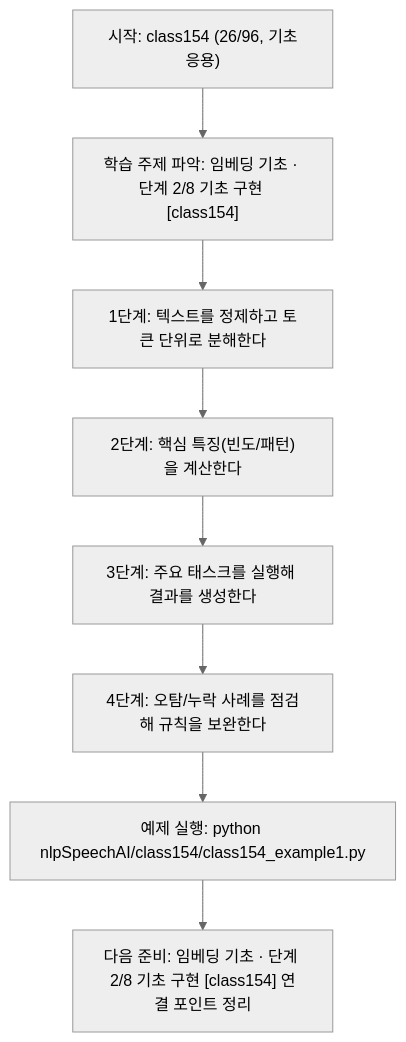
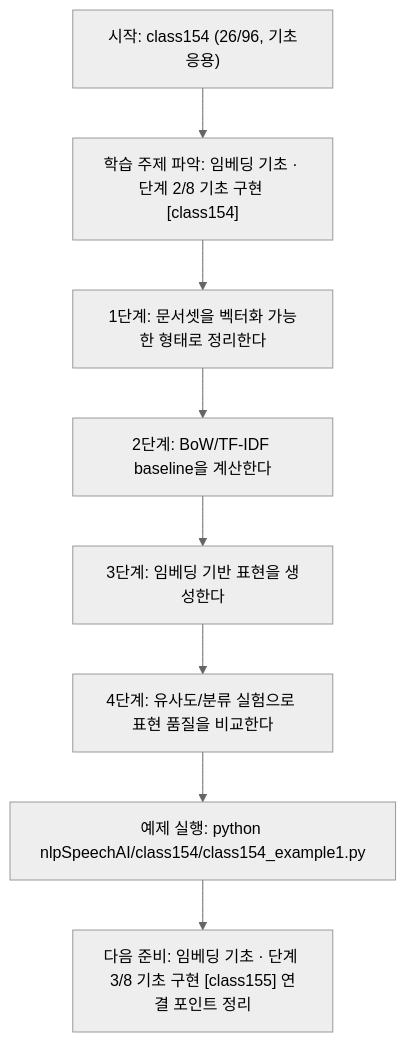
One commit to edumgt/Python-AI_Agent-Class changed the diagram in nlpSpeechAI/class154/class154.md. Above: the diagram before and after it, drawn with Mermaid (neutral theme). The commit also changed other lines of this file and 1122 other files, not shown here.

````diff
--- a/nlpSpeechAI/class154/class154.md
+++ b/nlpSpeechAI/class154/class154.md
@@ -113,18 +94,18 @@
 ```mermaid
 flowchart TD
 N1["시작: class154 (26/96, 기초응용)"]
 N2["학습 주제 파악: 임베딩 기초 · 단계 2/8 기초 구현 [class154]"]
-N3["1단계: 텍스트를 정제하고 토큰 단위로 분해한다"]
-N4["2단계: 핵심 특징(빈도/패턴)을 계산한다"]
-N5["3단계: 주요 태스크를 실행해 결과를 생성한다"]
-N6["4단계: 오탐/누락 사례를 점검해 규칙을 보완한다"]
+N3["1단계: 문서셋을 벡터화 가능한 형태로 정리한다"]
+N4["2단계: BoW/TF-IDF baseline을 계산한다"]
+N5["3단계: 임베딩 기반 표현을 생성한다"]
+N6["4단계: 유사도/분류 실험으로 표현 품질을 비교한다"]
 N7["예제 실행: python nlpSpeechAI/class154/class154_example1.py"]
-N8["다음 준비: 임베딩 기초 · 단계 2/8 기초 구현 [class154] 연결 포인트 정리"]
+N8["다음 준비: 임베딩 기초 · 단계 3/8 기초 구현 [class155] 연결 포인트 정리"]
 N1 --> N2
 N2 --> N3
 N3 --> N4
 N4 --> N5
 N5 --> N6
 N6 --> N7
 N7 --> N8
 ```
````
